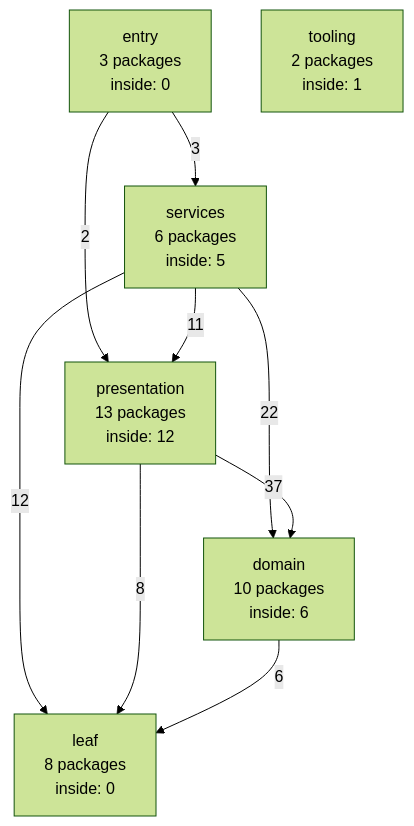
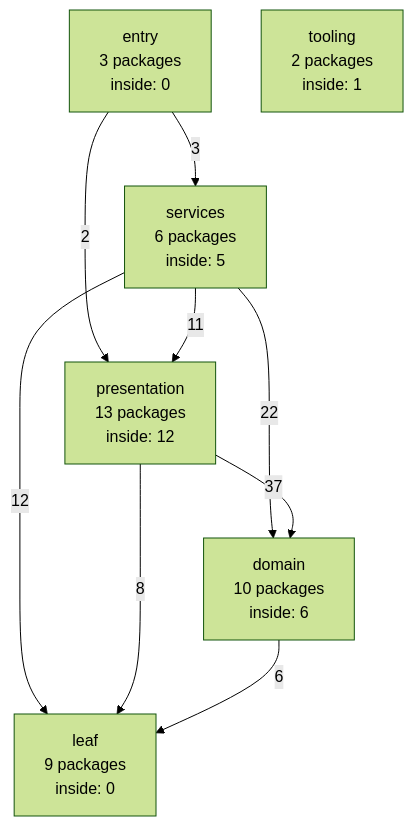
The diagram in docs/internals/generated/package-graph.md (ladydascalie/dm), drawn with Mermaid (forest theme) before and after one commit. The commit also changed other lines of this file and 7 other files, not shown here.

````diff
--- a/docs/internals/generated/package-graph.md
+++ b/docs/internals/generated/package-graph.md
@@ -58,17 +58,17 @@
 ```mermaid
 flowchart TD
   entry["entry<br/>3 packages<br/>inside: 0"]
   services["services<br/>6 packages<br/>inside: 5"]
   presentation["presentation<br/>13 packages<br/>inside: 12"]
   domain["domain<br/>10 packages<br/>inside: 6"]
-  leaf["leaf<br/>8 packages<br/>inside: 0"]
+  leaf["leaf<br/>9 packages<br/>inside: 0"]
   tooling["tooling<br/>2 packages<br/>inside: 1"]
   entry -->|3| services
   entry -->|2| presentation
   services -->|11| presentation
   services -->|22| domain
   services -->|12| leaf
   presentation -->|37| domain
   presentation -->|8| leaf
   domain -->|6| leaf
 ```
````
